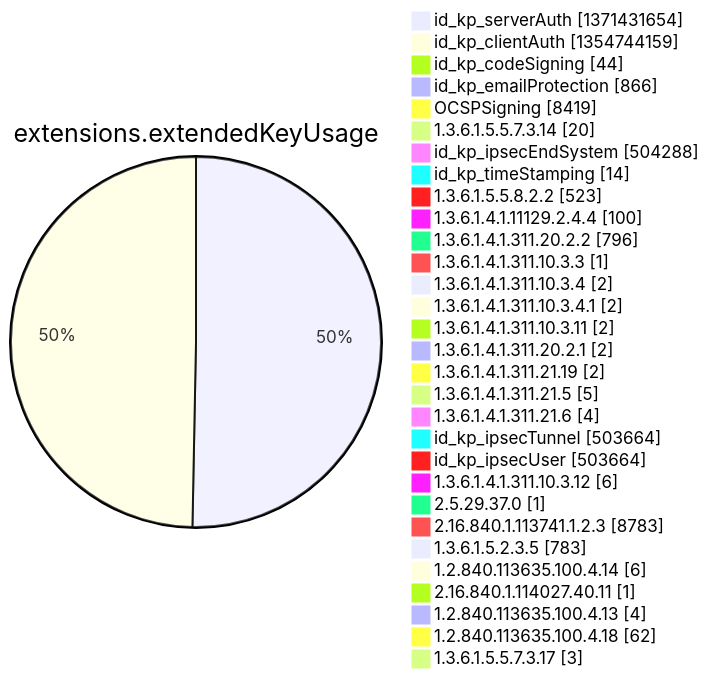
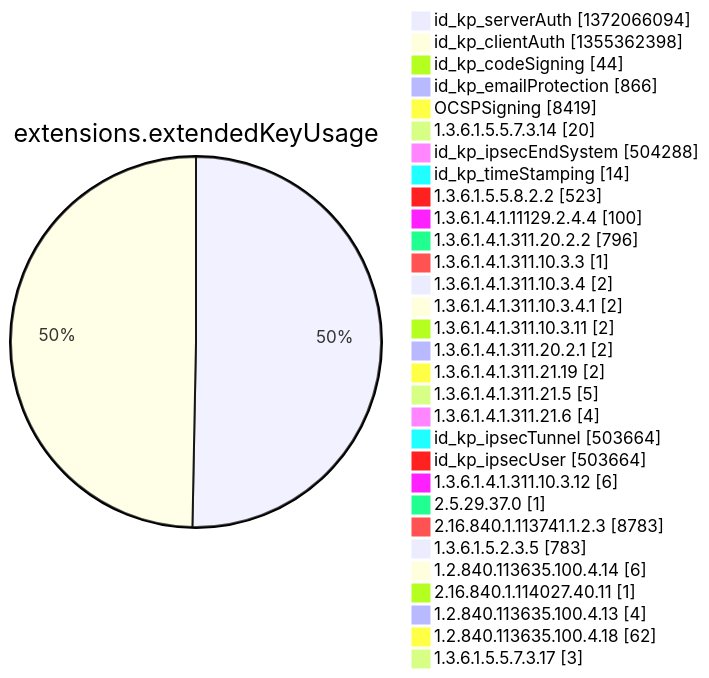
Diagram 12 of 15 in argon2022/README.md (christiankrug/ctmonitor_visualization), drawn with Mermaid before and after one commit. The commit also changed other lines of this file, not shown here.

````diff
--- a/argon2022/README.md
+++ b/argon2022/README.md
@@ -3553,34 +3553,34 @@
 ```mermaid
 pie showData
 title extensions.extendedKeyUsage
-"id_kp_serverAuth" :1371431654
-"id_kp_clientAuth" :1354744159
+"id_kp_serverAuth" :1372066094
+"id_kp_clientAuth" :1355362398
 "id_kp_codeSigning" :44
 "id_kp_emailProtection" :866
 "OCSPSigning" :8419
 "1.3.6.1.5.5.7.3.14" :20
 "id_kp_ipsecEndSystem" :504288
 "id_kp_timeStamping" :14
 "1.3.6.1.5.5.8.2.2" :523
 "1.3.6.1.4.1.11129.2.4.4" :100
 "1.3.6.1.4.1.311.20.2.2" :796
 "1.3.6.1.4.1.311.10.3.3" :1
 "1.3.6.1.4.1.311.10.3.4" :2
 "1.3.6.1.4.1.311.10.3.4.1" :2
 "1.3.6.1.4.1.311.10.3.11" :2
 "1.3.6.1.4.1.311.20.2.1" :2
 "1.3.6.1.4.1.311.21.19" :2
 "1.3.6.1.4.1.311.21.5" :5
 "1.3.6.1.4.1.311.21.6" :4
 "id_kp_ipsecTunnel" :503664
 "id_kp_ipsecUser" :503664
 "1.3.6.1.4.1.311.10.3.12" :6
 "2.5.29.37.0" :1
 "2.16.840.1.113741.1.2.3" :8783
 "1.3.6.1.5.2.3.5" :783
 "1.2.840.113635.100.4.14" :6
 "2.16.840.1.114027.40.11" :1
 "1.2.840.113635.100.4.13" :4
 "1.2.840.113635.100.4.18" :62
 "1.3.6.1.5.5.7.3.17" :3
 ```
````
